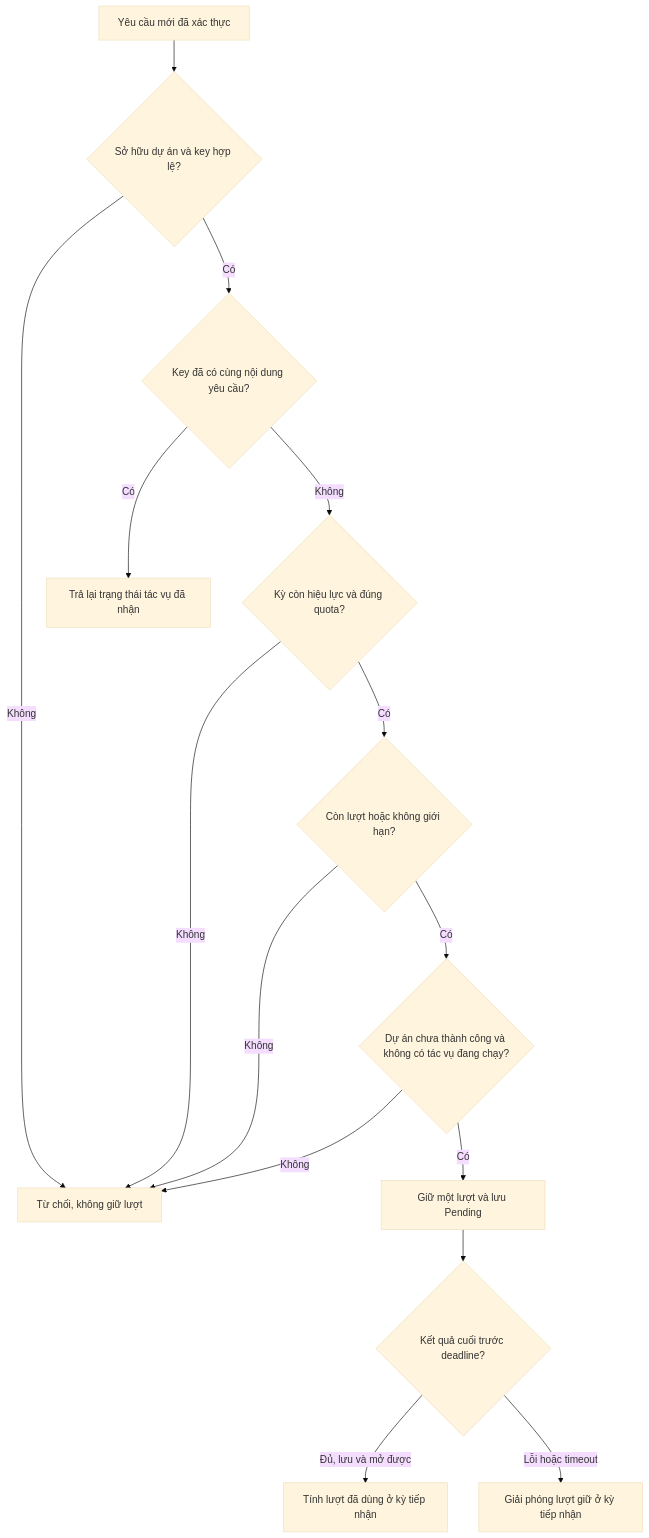
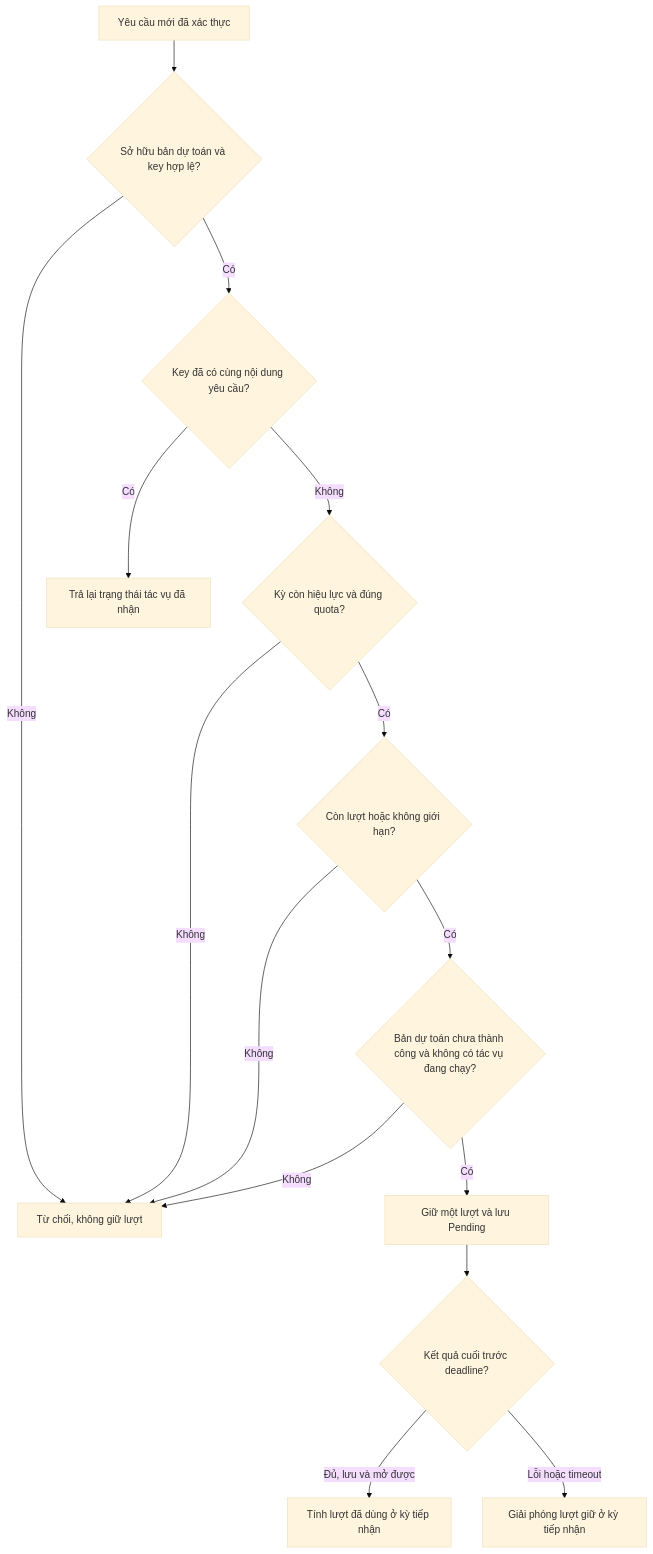
Before and after one commit to TaskCoper/bmt-documentation: the third of 5 diagrams in tdd/TDD-SUB-002.md, drawn with Mermaid (base theme). The commit also changed other lines of this file and 19 other files, not shown here.

````diff
--- a/tdd/TDD-SUB-002.md
+++ b/tdd/TDD-SUB-002.md
@@ -327,17 +340,17 @@
 ```mermaid
 flowchart TD
-    A[Yêu cầu mới đã xác thực] --> B{Sở hữu dự án và key hợp lệ?}
+    A[Yêu cầu mới đã xác thực] --> B{Sở hữu bản dự toán và key hợp lệ?}
     B -->|Không| X[Từ chối, không giữ lượt]
     B -->|Có| C{Key đã có cùng nội dung yêu cầu?}
     C -->|Có| R[Trả lại trạng thái tác vụ đã nhận]
     C -->|Không| D{Kỳ còn hiệu lực và đúng quota?}
     D -->|Không| X
     D -->|Có| E{Còn lượt hoặc không giới hạn?}
     E -->|Không| X
-    E -->|Có| F{Dự án chưa thành công và không có tác vụ đang chạy?}
+    E -->|Có| F{Bản dự toán chưa thành công và không có tác vụ đang chạy?}
     F -->|Không| X
     F -->|Có| G[Giữ một lượt và lưu Pending]
     G --> H{Kết quả cuối trước deadline?}
     H -->|Đủ, lưu và mở được| I[Tính lượt đã dùng ở kỳ tiếp nhận]
     H -->|Lỗi hoặc timeout| J[Giải phóng lượt giữ ở kỳ tiếp nhận]
 ```
````
